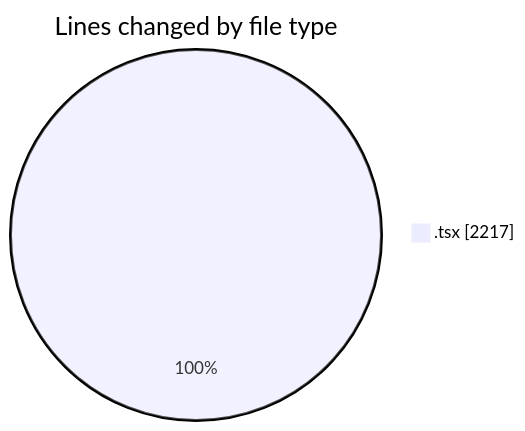
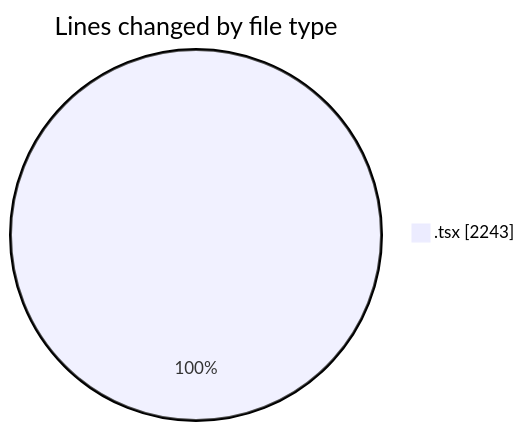
Before and after one commit to nxtqubesakshisongat/code-tracking: the first of 2 diagrams in 2026-02-10/nxtqube_webapp/README.md, drawn with Mermaid. The commit also changed other lines of this file and 1 other file, not shown here.

````diff
--- a/2026-02-10/nxtqube_webapp/README.md
+++ b/2026-02-10/nxtqube_webapp/README.md
@@ -21,5 +22,5 @@
 ```mermaid
 pie showData
 title Lines changed by file type
-".tsx" : 2217
+".tsx" : 2243
 ```
````
